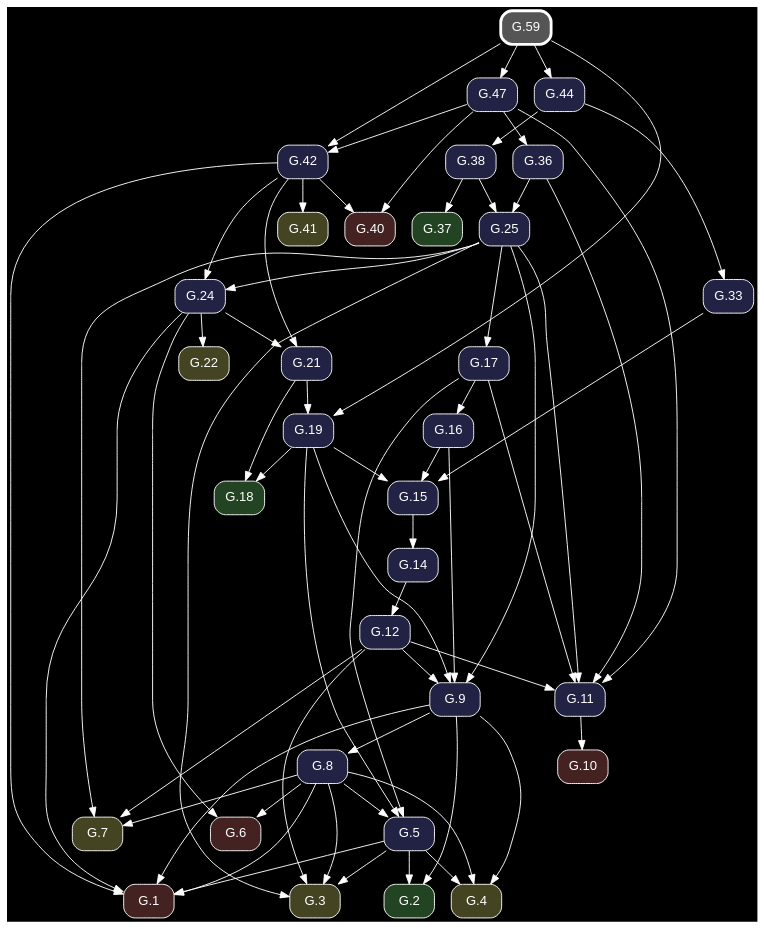
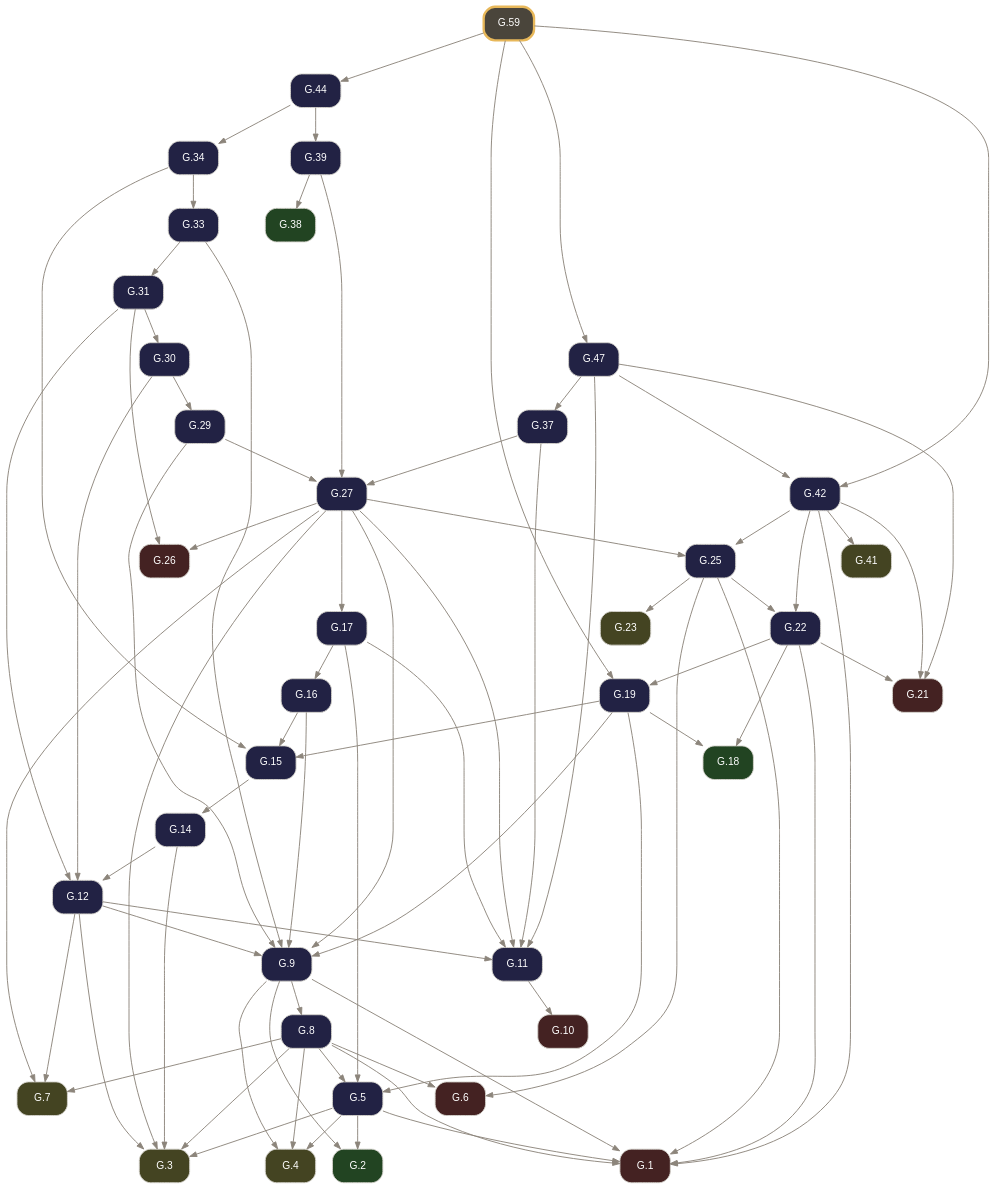
Before and after one commit to geometor/elements: the diagram in docsrc/elements2/G.59/index.rst, drawn with Graphviz. The commit also changed other lines of this file and 261 other files, not shown here.

Commit message:
feat: rebuild Elements 2.0 G-Index pipeline from composed Euclid Heath edition (v0.3.0)

```diff
--- a/docsrc/elements2/G.59/index.rst
+++ b/docsrc/elements2/G.59/index.rst
@@ -61,102 +90,121 @@
 .. graphviz::
 
    digraph {
-     bgcolor="black";
-     node [shape=box, style="rounded,filled", fontname="Helvetica", color="white", fontcolor="white"];
-     edge [color="white", fontcolor="white"];
+     bgcolor="transparent";
+     node [shape=box, style="rounded,filled", fontname="Helvetica", fontsize=11, color="#d6d3cd", fontcolor="#ffffff"];
+     edge [color="#8c857b", fontcolor="#8c857b", arrowsize=0.75];
      rankdir="TB";
-     "G.44" [label="G.44", fillcolor="#222244", URL="/elements2/G.44/", target="_top"];
-     "G.6" [label="G.6", fillcolor="#442222", URL="/elements2/G.6/", target="_top"];
-     "G.19" [label="G.19", fillcolor="#222244", URL="/elements2/G.19/", target="_top"];
-     "G.38" [label="G.38", fillcolor="#222244", URL="/elements2/G.38/", target="_top"];
-     "G.21" [label="G.21", fillcolor="#222244", URL="/elements2/G.21/", target="_top"];
-     "G.24" [label="G.24", fillcolor="#222244", URL="/elements2/G.24/", target="_top"];
-     "G.10" [label="G.10", fillcolor="#442222", URL="/elements2/G.10/", target="_top"];
-     "G.7" [label="G.7", fillcolor="#444422", URL="/elements2/G.7/", target="_top"];
-     "G.42" [label="G.42", fillcolor="#222244", URL="/elements2/G.42/", target="_top"];
-     "G.3" [label="G.3", fillcolor="#444422", URL="/elements2/G.3/", target="_top"];
-     "G.15" [label="G.15", fillcolor="#222244", URL="/elements2/G.15/", target="_top"];
-     "G.17" [label="G.17", fillcolor="#222244", URL="/elements2/G.17/", target="_top"];
-     "G.5" [label="G.5", fillcolor="#222244", URL="/elements2/G.5/", target="_top"];
-     "G.41" [label="G.41", fillcolor="#444422", URL="/elements2/G.41/", target="_top"];
-     "G.1" [label="G.1", fillcolor="#442222", URL="/elements2/G.1/", target="_top"];
-     "G.2" [label="G.2", fillcolor="#224422", URL="/elements2/G.2/", target="_top"];
-     "G.12" [label="G.12", fillcolor="#222244", URL="/elements2/G.12/", target="_top"];
-     "G.22" [label="G.22", fillcolor="#444422", URL="/elements2/G.22/", target="_top"];
-     "G.14" [label="G.14", fillcolor="#222244", URL="/elements2/G.14/", target="_top"];
-     "G.8" [label="G.8", fillcolor="#222244", URL="/elements2/G.8/", target="_top"];
-     "G.9" [label="G.9", fillcolor="#222244", URL="/elements2/G.9/", target="_top"];
-     "G.25" [label="G.25", fillcolor="#222244", URL="/elements2/G.25/", target="_top"];
-     "G.36" [label="G.36", fillcolor="#222244", URL="/elements2/G.36/", target="_top"];
-     "G.37" [label="G.37", fillcolor="#224422", URL="/elements2/G.37/", target="_top"];
-     "G.18" [label="G.18", fillcolor="#224422", URL="/elements2/G.18/", target="_top"];
-     "G.11" [label="G.11", fillcolor="#222244", URL="/elements2/G.11/", target="_top"];
-     "G.59" [label="G.59", penwidth=3, color="white", fillcolor="#555555", URL="/elements2/G.59/", target="_top"];
-     "G.40" [label="G.40", fillcolor="#442222", URL="/elements2/G.40/", target="_top"];
-     "G.4" [label="G.4", fillcolor="#444422", URL="/elements2/G.4/", target="_top"];
-     "G.33" [label="G.33", fillcolor="#222244", URL="/elements2/G.33/", target="_top"];
-     "G.16" [label="G.16", fillcolor="#222244", URL="/elements2/G.16/", target="_top"];
-     "G.47" [label="G.47", fillcolor="#222244", URL="/elements2/G.47/", target="_top"];
-     "G.59" -> "G.44";
-     "G.24" -> "G.6";
-     "G.8" -> "G.6";
-     "G.59" -> "G.19";
-     "G.21" -> "G.19";
-     "G.44" -> "G.38";
-     "G.24" -> "G.21";
-     "G.42" -> "G.21";
-     "G.25" -> "G.24";
-     "G.42" -> "G.24";
-     "G.11" -> "G.10";
-     "G.25" -> "G.7";
-     "G.8" -> "G.7";
-     "G.12" -> "G.7";
-     "G.47" -> "G.42";
-     "G.59" -> "G.42";
+     "G.1" [label="G.1", tooltip="G.1 (I.cn.1)", fillcolor="#442222", URL="../G.1/index.html", target="_top"];
+     "G.2" [label="G.2", tooltip="G.2 (I.def.15)", fillcolor="#224422", URL="../G.2/index.html", target="_top"];
+     "G.3" [label="G.3", tooltip="G.3 (I.post.1)", fillcolor="#444422", URL="../G.3/index.html", target="_top"];
+     "G.4" [label="G.4", tooltip="G.4 (I.post.3)", fillcolor="#444422", URL="../G.4/index.html", target="_top"];
+     "G.5" [label="G.5", tooltip="G.5 (I.1)", fillcolor="#222244", URL="../G.5/index.html", target="_top"];
+     "G.6" [label="G.6", tooltip="G.6 (I.cn.3)", fillcolor="#442222", URL="../G.6/index.html", target="_top"];
+     "G.7" [label="G.7", tooltip="G.7 (I.post.2)", fillcolor="#444422", URL="../G.7/index.html", target="_top"];
+     "G.8" [label="G.8", tooltip="G.8 (I.2)", fillcolor="#222244", URL="../G.8/index.html", target="_top"];
+     "G.9" [label="G.9", tooltip="G.9 (I.3)", fillcolor="#222244", URL="../G.9/index.html", target="_top"];
+     "G.10" [label="G.10", tooltip="G.10 (I.cn.4)", fillcolor="#442222", URL="../G.10/index.html", target="_top"];
+     "G.11" [label="G.11", tooltip="G.11 (I.4)", fillcolor="#222244", URL="../G.11/index.html", target="_top"];
+     "G.12" [label="G.12", tooltip="G.12 (I.5)", fillcolor="#222244", URL="../G.12/index.html", target="_top"];
+     "G.14" [label="G.14", tooltip="G.14 (I.7)", fillcolor="#222244", URL="../G.14/index.html", target="_top"];
+     "G.15" [label="G.15", tooltip="G.15 (I.8)", fillcolor="#222244", URL="../G.15/index.html", target="_top"];
+     "G.16" [label="G.16", tooltip="G.16 (I.9)", fillcolor="#222244", URL="../G.16/index.html", target="_top"];
+     "G.17" [label="G.17", tooltip="G.17 (I.10)", fillcolor="#222244", URL="../G.17/index.html", target="_top"];
+     "G.18" [label="G.18", tooltip="G.18 (I.def.10)", fillcolor="#224422", URL="../G.18/index.html", target="_top"];
+     "G.19" [label="G.19", tooltip="G.19 (I.11)", fillcolor="#222244", URL="../G.19/index.html", target="_top"];
+     "G.21" [label="G.21", tooltip="G.21 (I.cn.2)", fillcolor="#442222", URL="../G.21/index.html", target="_top"];
+     "G.22" [label="G.22", tooltip="G.22 (I.13)", fillcolor="#222244", URL="../G.22/index.html", target="_top"];
+     "G.23" [label="G.23", tooltip="G.23 (I.post.4)", fillcolor="#444422", URL="../G.23/index.html", target="_top"];
+     "G.25" [label="G.25", tooltip="G.25 (I.15)", fillcolor="#222244", URL="../G.25/index.html", target="_top"];
+     "G.26" [label="G.26", tooltip="G.26 (I.cn.5)", fillcolor="#442222", URL="../G.26/index.html", target="_top"];
+     "G.27" [label="G.27", tooltip="G.27 (I.16)", fillcolor="#222244", URL="../G.27/index.html", target="_top"];
+     "G.29" [label="G.29", tooltip="G.29 (I.18)", fillcolor="#222244", URL="../G.29/index.html", target="_top"];
+     "G.30" [label="G.30", tooltip="G.30 (I.19)", fillcolor="#222244", URL="../G.30/index.html", target="_top"];
+     "G.31" [label="G.31", tooltip="G.31 (I.20)", fillcolor="#222244", URL="../G.31/index.html", target="_top"];
+     "G.33" [label="G.33", tooltip="G.33 (I.22)", fillcolor="#222244", URL="../G.33/index.html", target="_top"];
+     "G.34" [label="G.34", tooltip="G.34 (I.23)", fillcolor="#222244", URL="../G.34/index.html", target="_top"];
+     "G.37" [label="G.37", tooltip="G.37 (I.26)", fillcolor="#222244", URL="../G.37/index.html", target="_top"];
+     "G.38" [label="G.38", tooltip="G.38 (I.def.23)", fillcolor="#224422", URL="../G.38/index.html", target="_top"];
+     "G.39" [label="G.39", tooltip="G.39 (I.27)", fillcolor="#222244", URL="../G.39/index.html", target="_top"];
+     "G.41" [label="G.41", tooltip="G.41 (I.post.5)", fillcolor="#444422", URL="../G.41/index.html", target="_top"];
+     "G.42" [label="G.42", tooltip="G.42 (I.29)", fillcolor="#222244", URL="../G.42/index.html", target="_top"];
+     "G.44" [label="G.44", tooltip="G.44 (I.31)", fillcolor="#222244", URL="../G.44/index.html", target="_top"];
+     "G.47" [label="G.47", tooltip="G.47 (I.34)", fillcolor="#222244", URL="../G.47/index.html", target="_top"];
+     "G.59" [label="G.59", tooltip="G.59 (I.46)", penwidth=2.5, color="#e8b85a", fillcolor="#4a453b", URL="index.html", target="_top"];
+     "G.5" -> "G.1";
+     "G.8" -> "G.1";
+     "G.9" -> "G.1";
+     "G.22" -> "G.1";
+     "G.25" -> "G.1";
+     "G.42" -> "G.1";
+     "G.5" -> "G.2";
+     "G.9" -> "G.2";
      "G.5" -> "G.3";
-     "G.25" -> "G.3";
      "G.8" -> "G.3";
      "G.12" -> "G.3";
-     "G.19" -> "G.15";
-     "G.16" -> "G.15";
-     "G.33" -> "G.15";
-     "G.25" -> "G.17";
-     "G.19" -> "G.5";
-     "G.8" -> "G.5";
-     "G.17" -> "G.5";
-     "G.42" -> "G.41";
-     "G.5" -> "G.1";
-     "G.24" -> "G.1";
-     "G.8" -> "G.1";
-     "G.42" -> "G.1";
-     "G.9" -> "G.1";
-     "G.5" -> "G.2";
-     "G.9" -> "G.2";
-     "G.14" -> "G.12";
-     "G.24" -> "G.22";
-     "G.15" -> "G.14";
-     "G.9" -> "G.8";
-     "G.19" -> "G.9";
-     "G.25" -> "G.9";
-     "G.16" -> "G.9";
-     "G.12" -> "G.9";
-     "G.36" -> "G.25";
-     "G.38" -> "G.25";
-     "G.47" -> "G.36";
-     "G.38" -> "G.37";
-     "G.19" -> "G.18";
-     "G.21" -> "G.18";
-     "G.36" -> "G.11";
-     "G.47" -> "G.11";
-     "G.25" -> "G.11";
-     "G.17" -> "G.11";
-     "G.12" -> "G.11";
-     "G.47" -> "G.40";
-     "G.42" -> "G.40";
+     "G.14" -> "G.3";
+     "G.27" -> "G.3";
      "G.5" -> "G.4";
      "G.8" -> "G.4";
      "G.9" -> "G.4";
-     "G.44" -> "G.33";
+     "G.8" -> "G.5";
+     "G.17" -> "G.5";
+     "G.19" -> "G.5";
+     "G.8" -> "G.6";
+     "G.25" -> "G.6";
+     "G.8" -> "G.7";
+     "G.12" -> "G.7";
+     "G.27" -> "G.7";
+     "G.9" -> "G.8";
+     "G.12" -> "G.9";
+     "G.16" -> "G.9";
+     "G.19" -> "G.9";
+     "G.27" -> "G.9";
+     "G.29" -> "G.9";
+     "G.33" -> "G.9";
+     "G.11" -> "G.10";
+     "G.12" -> "G.11";
+     "G.17" -> "G.11";
+     "G.27" -> "G.11";
+     "G.37" -> "G.11";
+     "G.47" -> "G.11";
+     "G.14" -> "G.12";
+     "G.30" -> "G.12";
+     "G.31" -> "G.12";
+     "G.15" -> "G.14";
+     "G.16" -> "G.15";
+     "G.19" -> "G.15";
+     "G.34" -> "G.15";
      "G.17" -> "G.16";
+     "G.27" -> "G.17";
+     "G.19" -> "G.18";
+     "G.22" -> "G.18";
+     "G.22" -> "G.19";
+     "G.59" -> "G.19";
+     "G.22" -> "G.21";
+     "G.42" -> "G.21";
+     "G.47" -> "G.21";
+     "G.25" -> "G.22";
+     "G.42" -> "G.22";
+     "G.25" -> "G.23";
+     "G.27" -> "G.25";
+     "G.42" -> "G.25";
+     "G.27" -> "G.26";
+     "G.31" -> "G.26";
+     "G.29" -> "G.27";
+     "G.37" -> "G.27";
+     "G.39" -> "G.27";
+     "G.30" -> "G.29";
+     "G.31" -> "G.30";
+     "G.33" -> "G.31";
+     "G.34" -> "G.33";
+     "G.44" -> "G.34";
+     "G.47" -> "G.37";
+     "G.39" -> "G.38";
+     "G.44" -> "G.39";
+     "G.42" -> "G.41";
+     "G.47" -> "G.42";
+     "G.59" -> "G.42";
+     "G.59" -> "G.44";
      "G.59" -> "G.47";
    }
```
